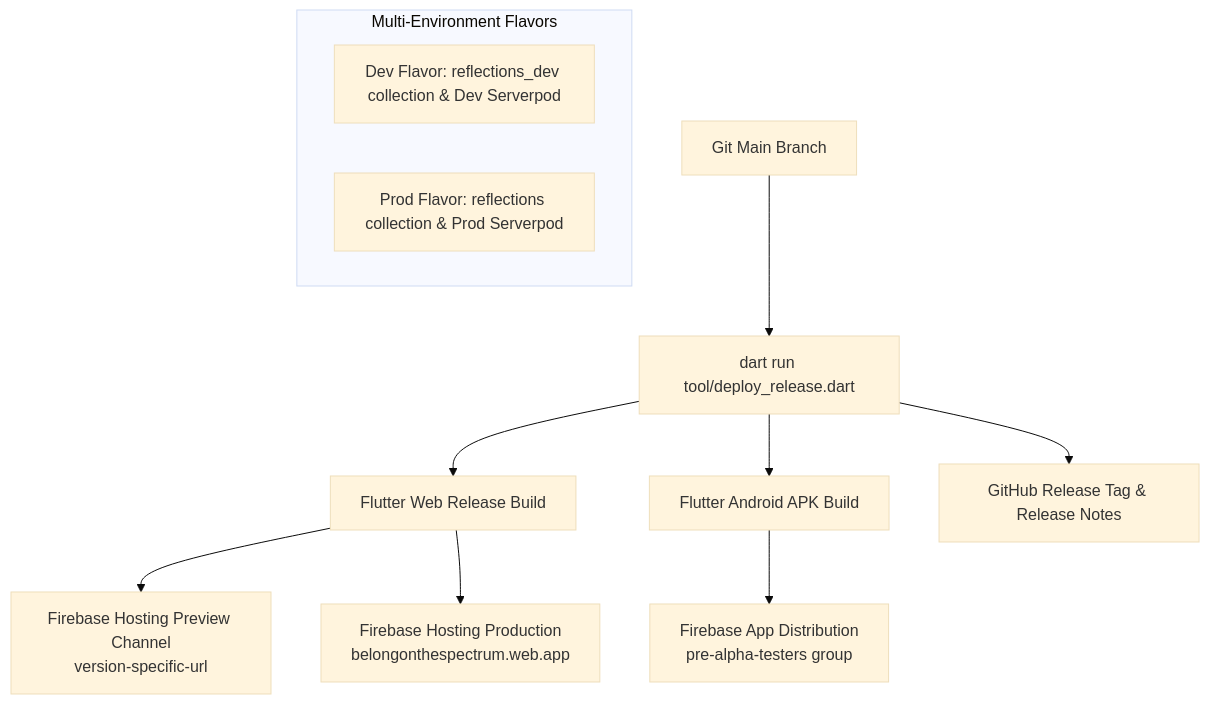
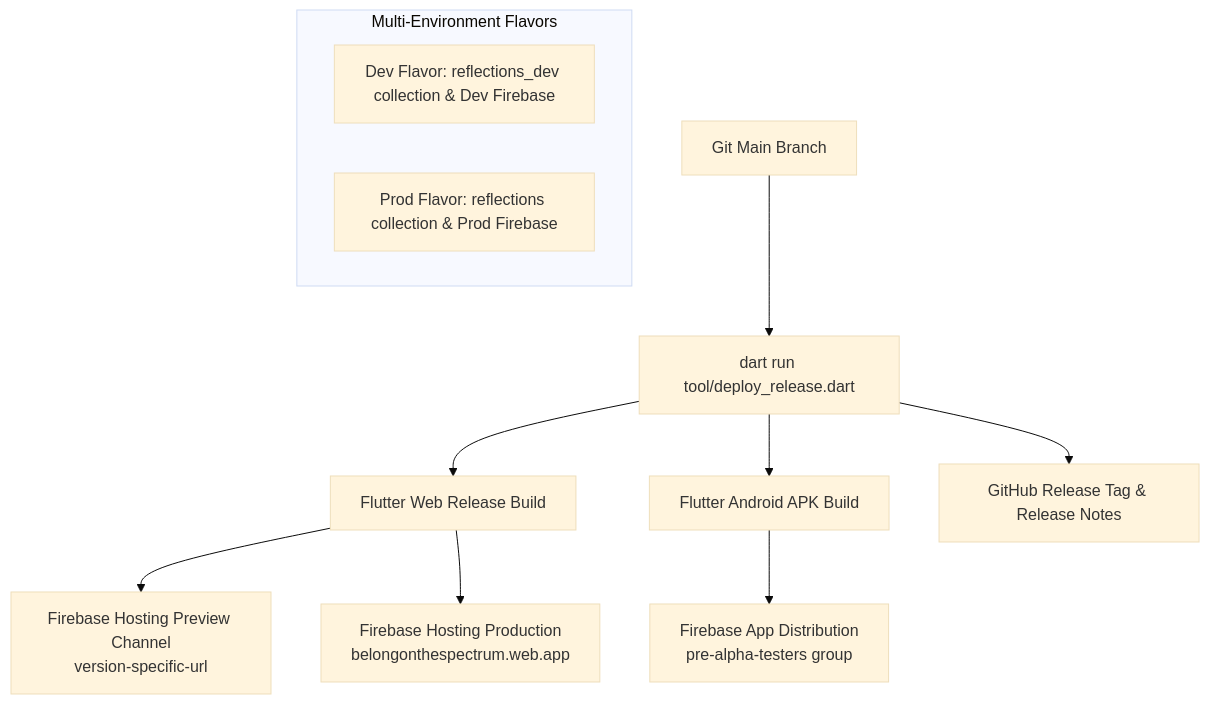
One commit to neiljaywarner/refuge changed the diagram in DEPLOYMENT.md. Above: the diagram before and after it, drawn with Mermaid (base theme). The commit also changed other lines of this file and 203 other files, not shown here.

````diff
--- a/DEPLOYMENT.md
+++ b/DEPLOYMENT.md
@@ -35,18 +35,18 @@
 ```mermaid
 flowchart TD
     Git[Git Main Branch] --> Pipeline[dart run tool/deploy_release.dart]
     Pipeline --> WebBuild[Flutter Web Release Build]
     Pipeline --> AndroidBuild[Flutter Android APK Build]
     
     WebBuild --> PreviewHosting[Firebase Hosting Preview Channel<br/>version-specific-url]
     WebBuild --> ProdHosting[Firebase Hosting Production<br/>belongonthespectrum.web.app]
     
     AndroidBuild --> AppDist[Firebase App Distribution<br/>pre-alpha-testers group]
     
     Pipeline --> GitHubRelease[GitHub Release Tag & Release Notes]
     
     subgraph Multi-Environment Flavors
-        DevEnv[Dev Flavor: reflections_dev collection & Dev Serverpod]
-        ProdEnv[Prod Flavor: reflections collection & Prod Serverpod]
+        DevEnv[Dev Flavor: reflections_dev collection & Dev Firebase]
+        ProdEnv[Prod Flavor: reflections collection & Prod Firebase]
     end
 ```
````
